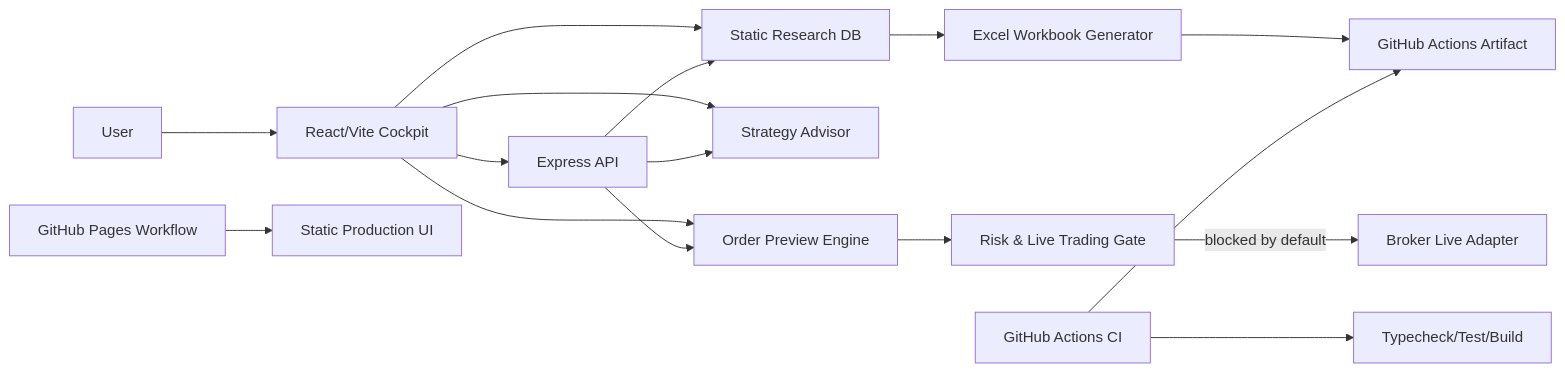
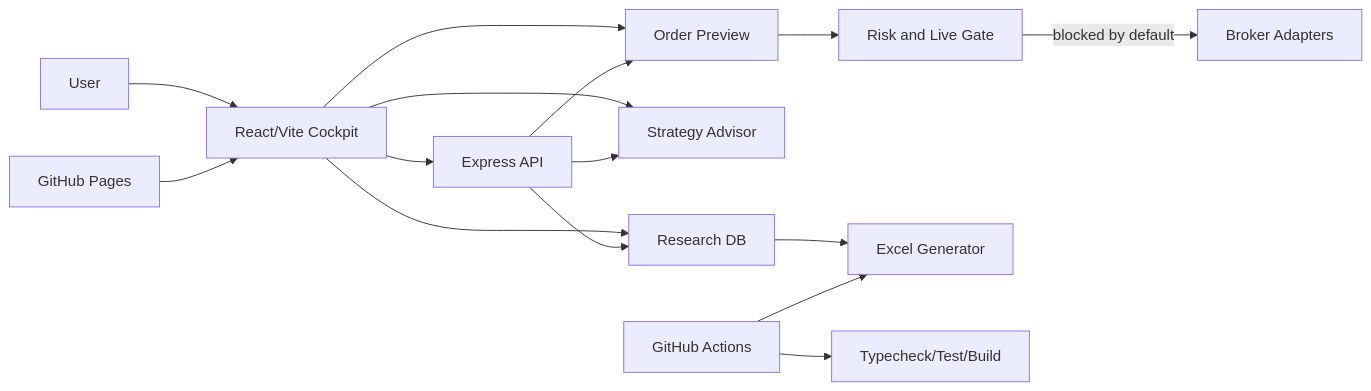
The diagram in docs/architecture.md (univcorp2-ctrl/stock-investment-simulator), drawn with Mermaid before and after one commit. The commit also changed other lines of this file, not shown here.

Commit message:
Replace legacy simulator with investment API trading cockpit

````diff
--- a/docs/architecture.md
+++ b/docs/architecture.md
@@ -5,18 +3,17 @@
 ```mermaid
 flowchart LR
-  User[User] --> UI[React/Vite Cockpit]
-  UI --> Research[Static Research DB]
-  UI --> Advisor[Strategy Advisor]
-  UI --> Preview[Order Preview Engine]
+  U[User] --> UI[React/Vite Cockpit]
+  UI --> R[Research DB]
+  UI --> A[Strategy Advisor]
+  UI --> O[Order Preview]
   UI --> API[Express API]
-  API --> Research
-  API --> Advisor
-  API --> Preview
-  Preview --> Guard[Risk & Live Trading Gate]
-  Guard -->|blocked by default| Live[Broker Live Adapter]
-  Research --> Excel[Excel Workbook Generator]
-  Excel --> Artifact[GitHub Actions Artifact]
-  CI[GitHub Actions CI] --> Test[Typecheck/Test/Build]
-  CI --> Artifact
-  Pages[GitHub Pages Workflow] --> Static[Static Production UI]
+  API --> R
+  API --> A
+  API --> O
+  O --> G[Risk and Live Gate]
+  G -->|blocked by default| B[Broker Adapters]
+  R --> X[Excel Generator]
+  CI[GitHub Actions] --> T[Typecheck/Test/Build]
+  CI --> X
+  P[GitHub Pages] --> UI
 ```
````
